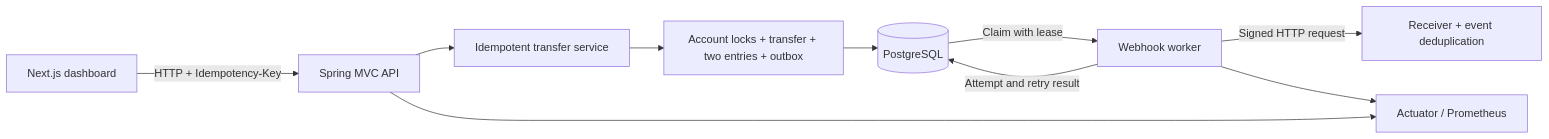
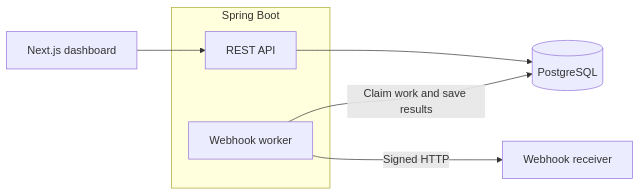
One commit to AdityaWarudkar/Ledger changed the diagram in README.md. Above: the diagram before and after it, drawn with Mermaid. The commit also changed other lines of this file, not shown here.

````diff
--- a/README.md
+++ b/README.md
@@ -501,12 +35,11 @@
 ```mermaid
 flowchart LR
-    Browser[Next.js dashboard] -->|HTTP + Idempotency-Key| API[Spring MVC API]
-    API --> Keys[Idempotent transfer service]
-    Keys --> Transaction[Account locks + transfer + two entries + outbox]
-    Transaction --> DB[(PostgreSQL)]
-    DB -->|Claim with lease| Worker[Webhook worker]
-    Worker -->|Signed HTTP request| Receiver[Receiver + event deduplication]
-    Worker -->|Attempt and retry result| DB
-    API --> Metrics[Actuator / Prometheus]
-    Worker --> Metrics
+    Dashboard[Next.js dashboard] --> API
+    subgraph Backend[Spring Boot]
+        API[REST API]
+        Worker[Webhook worker]
+    end
+    API --> DB[(PostgreSQL)]
+    Worker -->|Claim work and save results| DB
+    Worker -->|Signed HTTP| Receiver[Webhook receiver]
 ```
````
